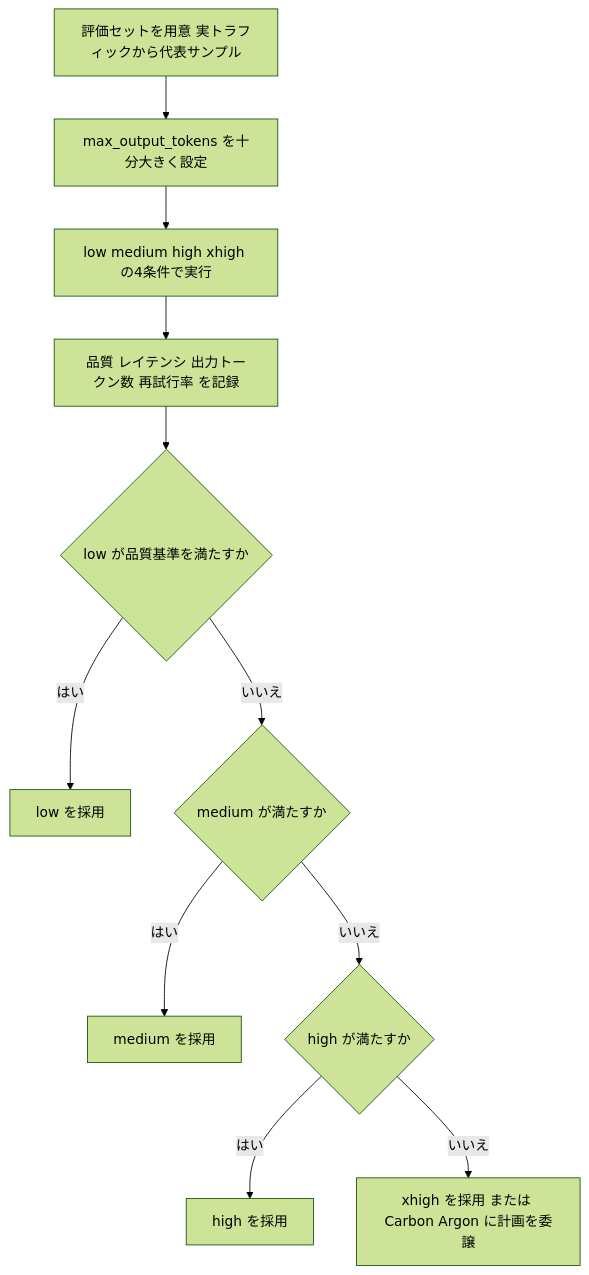
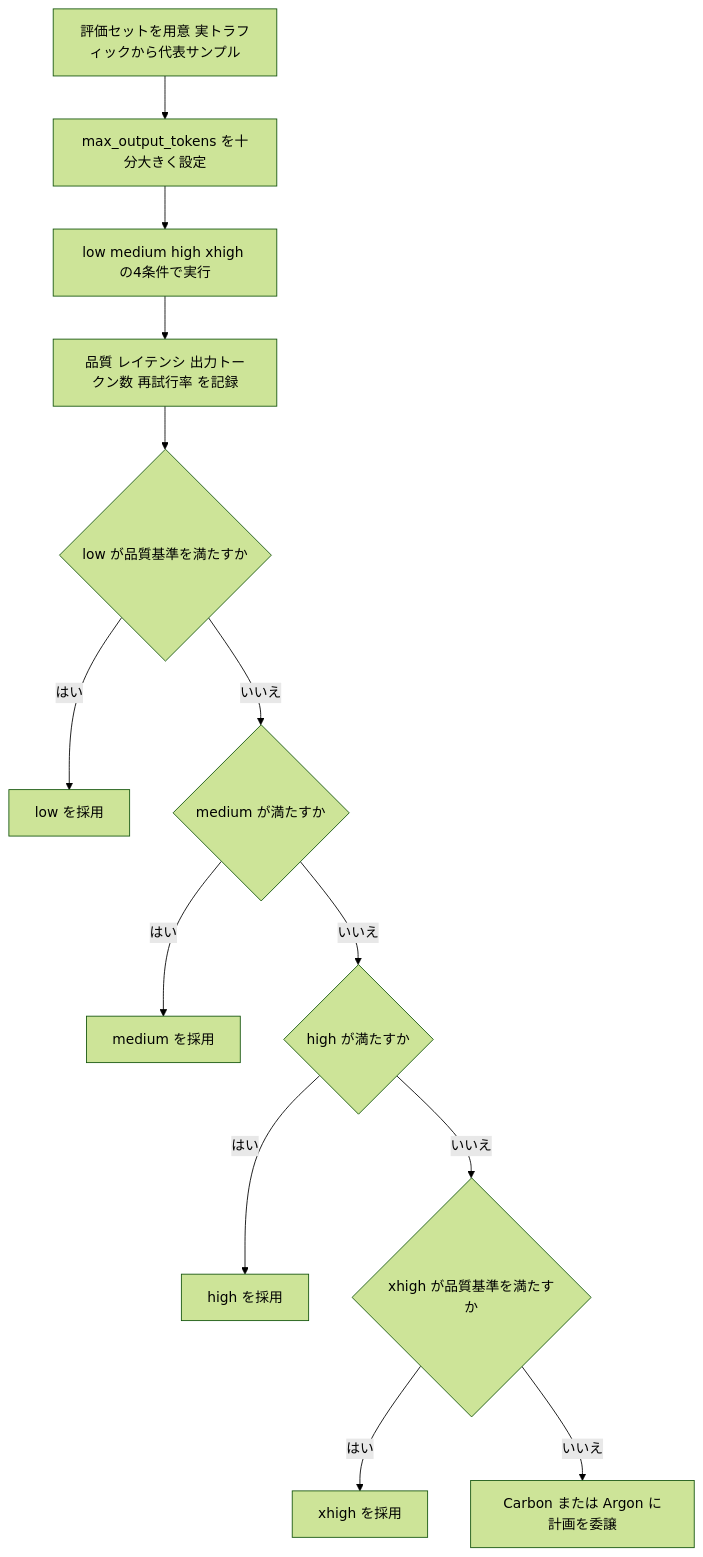
One commit to myoshi2891/Comparison-of-LLMs changed the third of 10 diagrams in Gemini-4-hydrogen-guide.md. Above: the diagram before and after it, drawn with Mermaid (forest theme). The commit also changed other lines of this file and 1 other file, not shown here.

Commit message:
docs(google): refine Carbon auth investigation and cost estimation, and update Hydrogen thinking flow

````diff
--- a/Gemini-4-hydrogen-guide.md
+++ b/Gemini-4-hydrogen-guide.md
@@ -179,13 +179,15 @@
 ```mermaid
 flowchart TD
     A["評価セットを用意 実トラフィックから代表サンプル"] --> B["max_output_tokens を十分大きく設定"]
     B --> C["low medium high xhigh の4条件で実行"]
     C --> D["品質 レイテンシ 出力トークン数 再試行率 を記録"]
     D --> E{"low が品質基準を満たすか"}
     E -- "はい" --> L["low を採用"]
     E -- "いいえ" --> F{"medium が満たすか"}
     F -- "はい" --> M["medium を採用"]
     F -- "いいえ" --> G{"high が満たすか"}
     G -- "はい" --> H["high を採用"]
-    G -- "いいえ" --> X["xhigh を採用 または Carbon Argon に計画を委譲"]
+    G -- "いいえ" --> X{"xhigh が品質基準を満たすか"}
+    X -- "はい" --> XH["xhigh を採用"]
+    X -- "いいえ" --> PLAN["Carbon または Argon に計画を委譲"]
 ```
````
